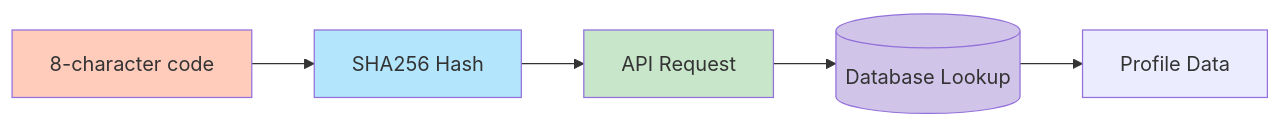
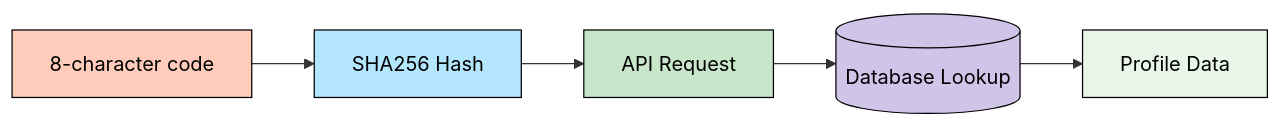
Before and after one commit to hiTechTeam/Telescan-iOS: the sixth of 14 diagrams in TelescaniOS/WHITEPAPER.md, drawn with Mermaid. The commit also changed other lines of this file, not shown here.

````diff
--- a/TelescaniOS/WHITEPAPER.md
+++ b/TelescaniOS/WHITEPAPER.md
@@ -223,12 +237,13 @@
 ```mermaid
 graph LR
     CODE[8-character code] --> SHA256[SHA256 Hash]
     SHA256 --> API[API Request]
     API --> DB[(Database Lookup)]
     DB --> PROFILE[Profile Data]
 
-    style CODE fill:#ffccbc
-    style SHA256 fill:#b3e5fc
-    style API fill:#c8e6c9
-    style DB fill:#d1c4e9
+    style CODE fill:#ffccbc,stroke:#000,color:#000
+    style SHA256 fill:#b3e5fc,stroke:#000,color:#000
+    style API fill:#c8e6c9,stroke:#000,color:#000
+    style DB fill:#d1c4e9,stroke:#000,color:#000
+    style PROFILE fill:#e8f5e9,stroke:#000,color:#000
 ```
````
